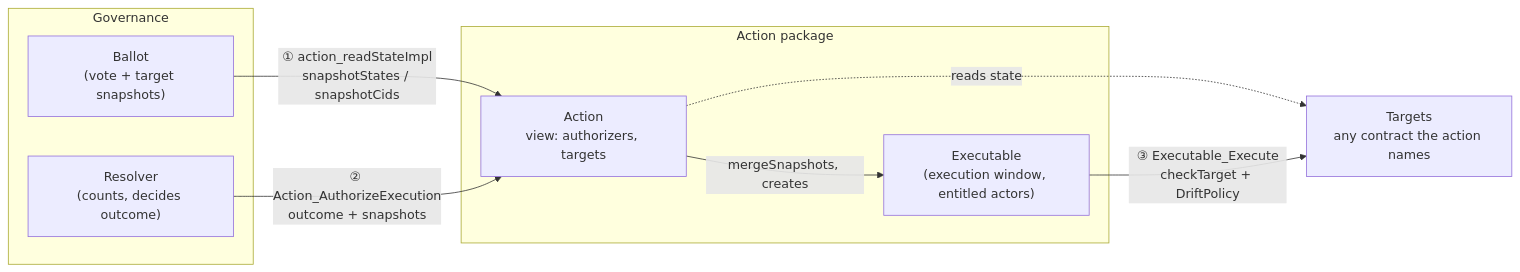
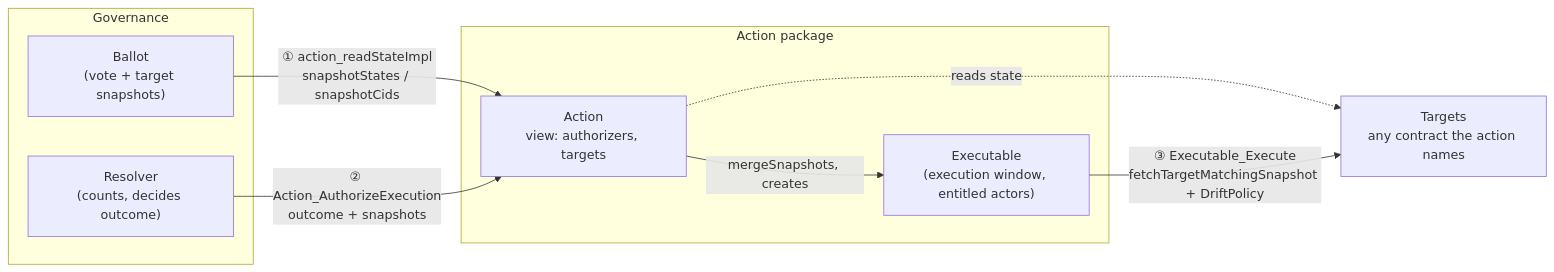
Before and after one commit to unlockitio/concordia: the diagram in docs/governance/rationale.md, drawn with Mermaid. The commit also changed other lines of this file and 41 other files, not shown here.

````diff
--- a/docs/governance/rationale.md
+++ b/docs/governance/rationale.md
@@ -139,20 +139,20 @@
 ```mermaid
 flowchart LR
   subgraph GOV["Governance "]
     Ballot["Ballot<br/>(vote + target snapshots)"]
     Resolver["Resolver<br/>(counts, decides outcome)"]
   end
 
   subgraph ACT["Action package"]
     Action["Action<br/>view: authorizers, targets"]
     Executable["Executable<br/>(execution window, entitled actors)"]
   end
 
   Targets["Targets<br/>any contract the action names"]
 
   Ballot -- "① action_readStateImpl<br/>snapshotStates / snapshotCids" --> Action
   Action -. "reads state" .-> Targets
   Resolver -- "② Action_AuthorizeExecution<br/>outcome + snapshots" --> Action
   Action -- "mergeSnapshots, creates" --> Executable
-  Executable -- "③ Executable_Execute<br/>checkTarget + DriftPolicy" --> Targets
+  Executable -- "③ Executable_Execute<br/>fetchTargetMatchingSnapshot + DriftPolicy" --> Targets
 ```
````
